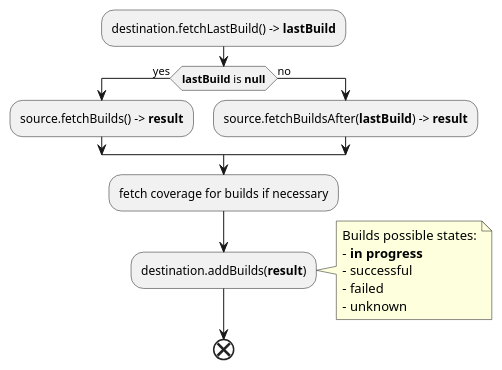
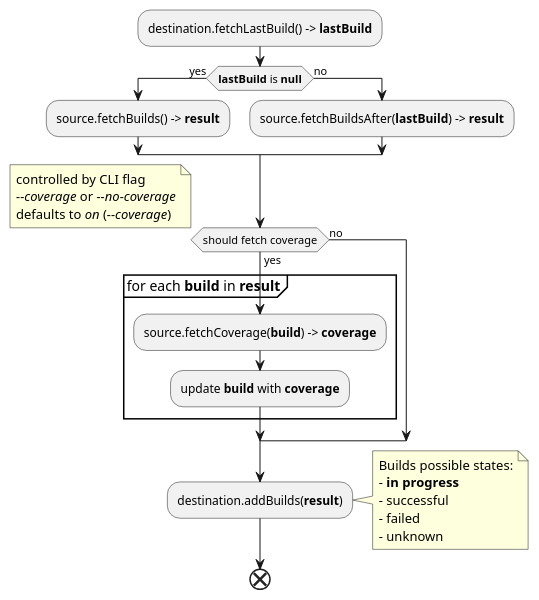
The diagram in metrics/ci_integrations/docs/diagrams/sync_builds_stage_activity_diagram.puml (Flank/flank-dashboard), drawn with PlantUML before and after one commit. The commit also changed 3 other files, not shown here.

```diff
--- a/metrics/ci_integrations/docs/diagrams/sync_builds_stage_activity_diagram.puml
+++ b/metrics/ci_integrations/docs/diagrams/sync_builds_stage_activity_diagram.puml
@@ -1,26 +1,37 @@
 @startuml sync_stage_activity_diagram
 'https://plantuml.com/activity-diagram-beta
 skinparam ConditionEndStyle hline
 
 :destination.fetchLastBuild() -> **lastBuild**;
 
 if (**lastBuild** is **null**) then (yes)
     :source.fetchBuilds() -> **result**;
 else (no)
     :source.fetchBuildsAfter(**lastBuild**) -> **result**;
 endif
 
-:fetch coverage for builds if necessary;
+if (should fetch coverage) then (yes)
+    partition "for each **build** in **result**" {
+        :source.fetchCoverage(**build**) -> **coverage**;
+        :update **build** with **coverage**;
+    }
+else (no)
+endif
+note right
+    controlled by CLI flag
+    //--coverage// or //--no-coverage//
+    defaults to //on// (//--coverage//)
+end note
 
 :destination.addBuilds(**result**);
 note right
     Builds possible states:
     - **in progress**
     - successful
     - failed
     - unknown
 end note
 
 end
 
 @enduml
```
